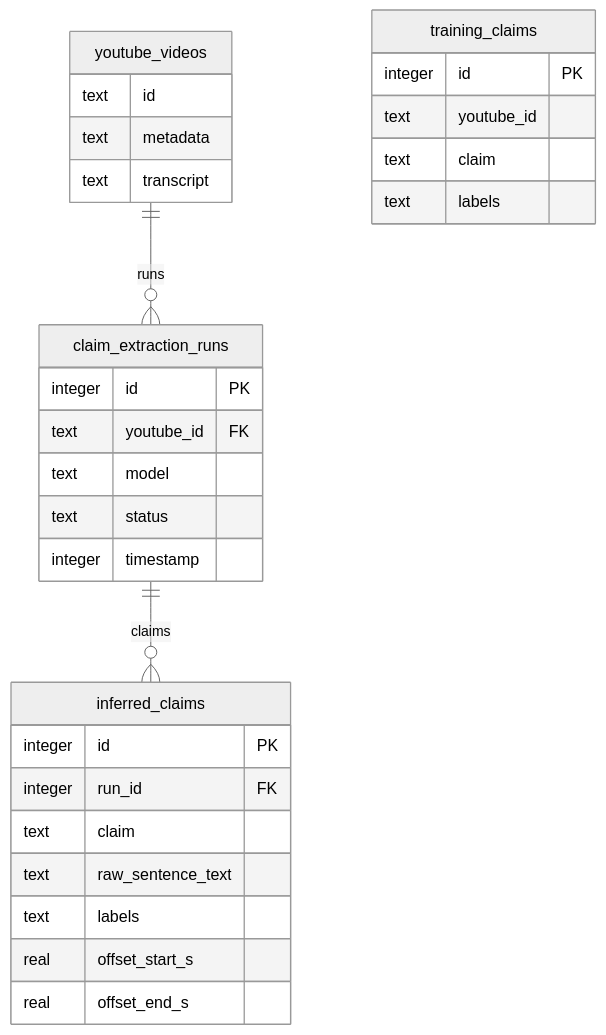
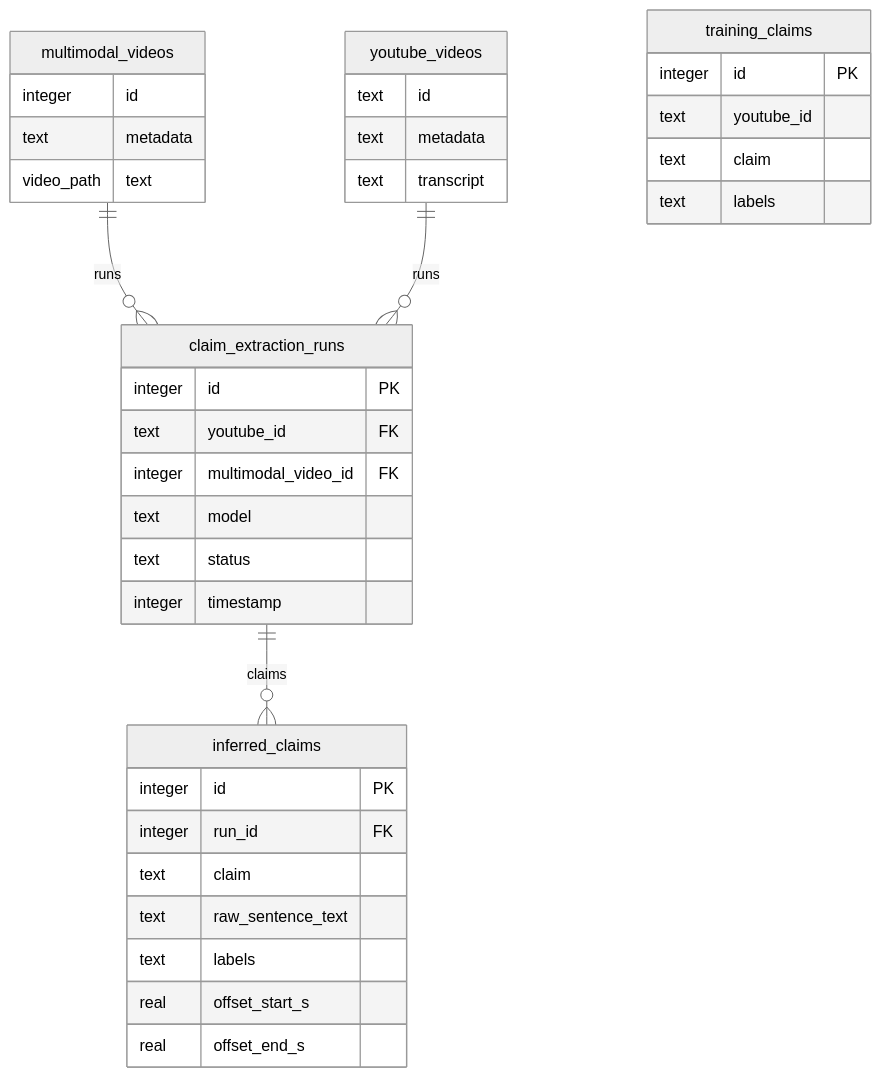
One commit to FullFact/health-misinfo-shared changed the diagram in README.md. Above: the diagram before and after it, drawn with Mermaid (neutral theme). The commit also changed other lines of this file, not shown here.

Commit message:
docs: update database schema docs

````diff
--- a/README.md
+++ b/README.md
@@ -136,35 +136,44 @@
 ```mermaid
 erDiagram
+
+  multimodal_videos ||--o{ claim_extraction_runs : runs
+  multimodal_videos {
+    integer id
+    text metadata
+    video_path text
+  }
+
   youtube_videos ||--o{ claim_extraction_runs : runs
   youtube_videos {
     text id
     text metadata
     text transcript
   }
 
   claim_extraction_runs ||--o{ inferred_claims : claims
   claim_extraction_runs {
     integer id PK
     text youtube_id FK
+    integer multimodal_video_id FK
     text model
     text status
     integer timestamp
   }
 
   inferred_claims {
     integer id PK
     integer run_id FK
     text claim
     text raw_sentence_text
     text labels
     real offset_start_s
     real offset_end_s
   }
 
   training_claims {
     integer id PK
     text youtube_id
     text claim
     text labels
   }
 ```
````
